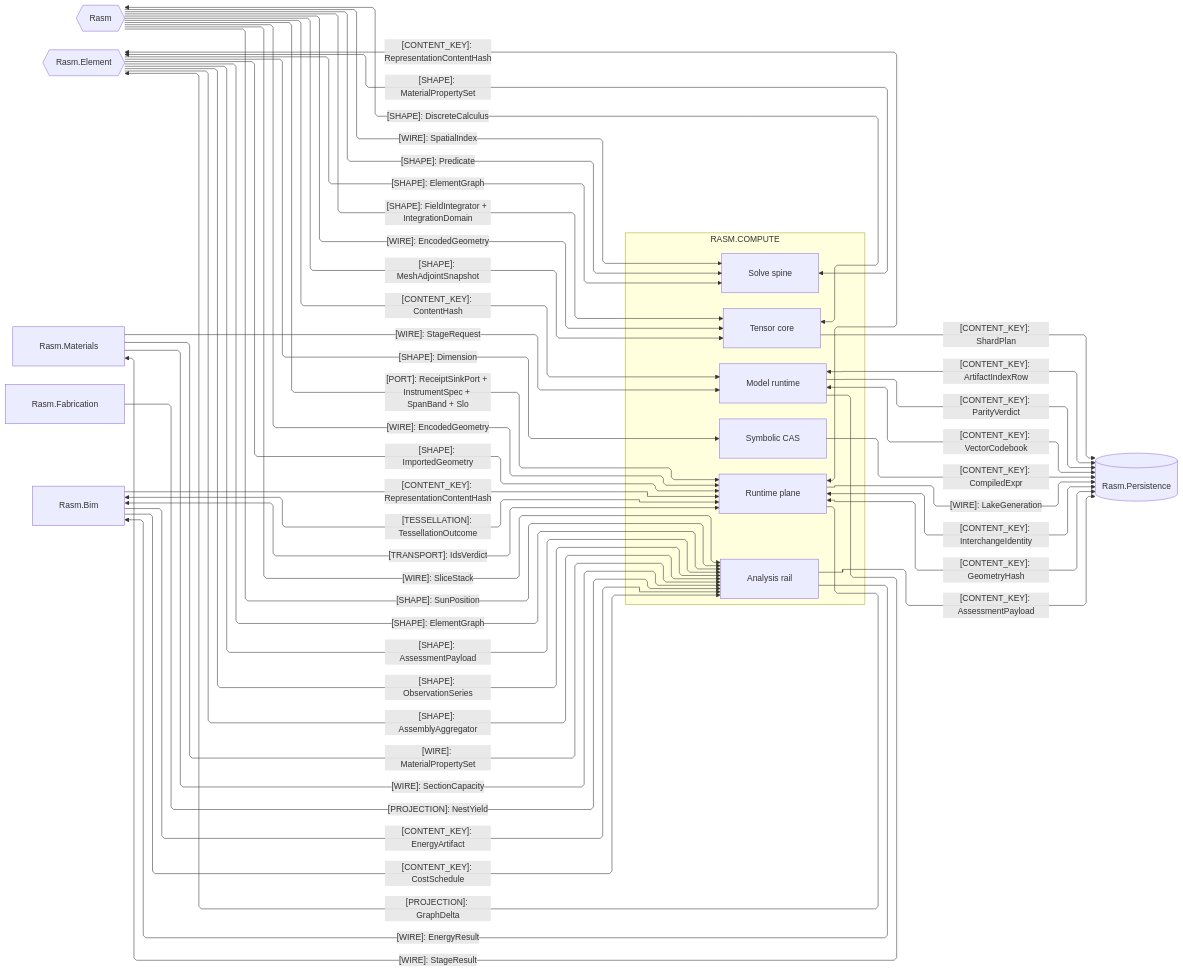
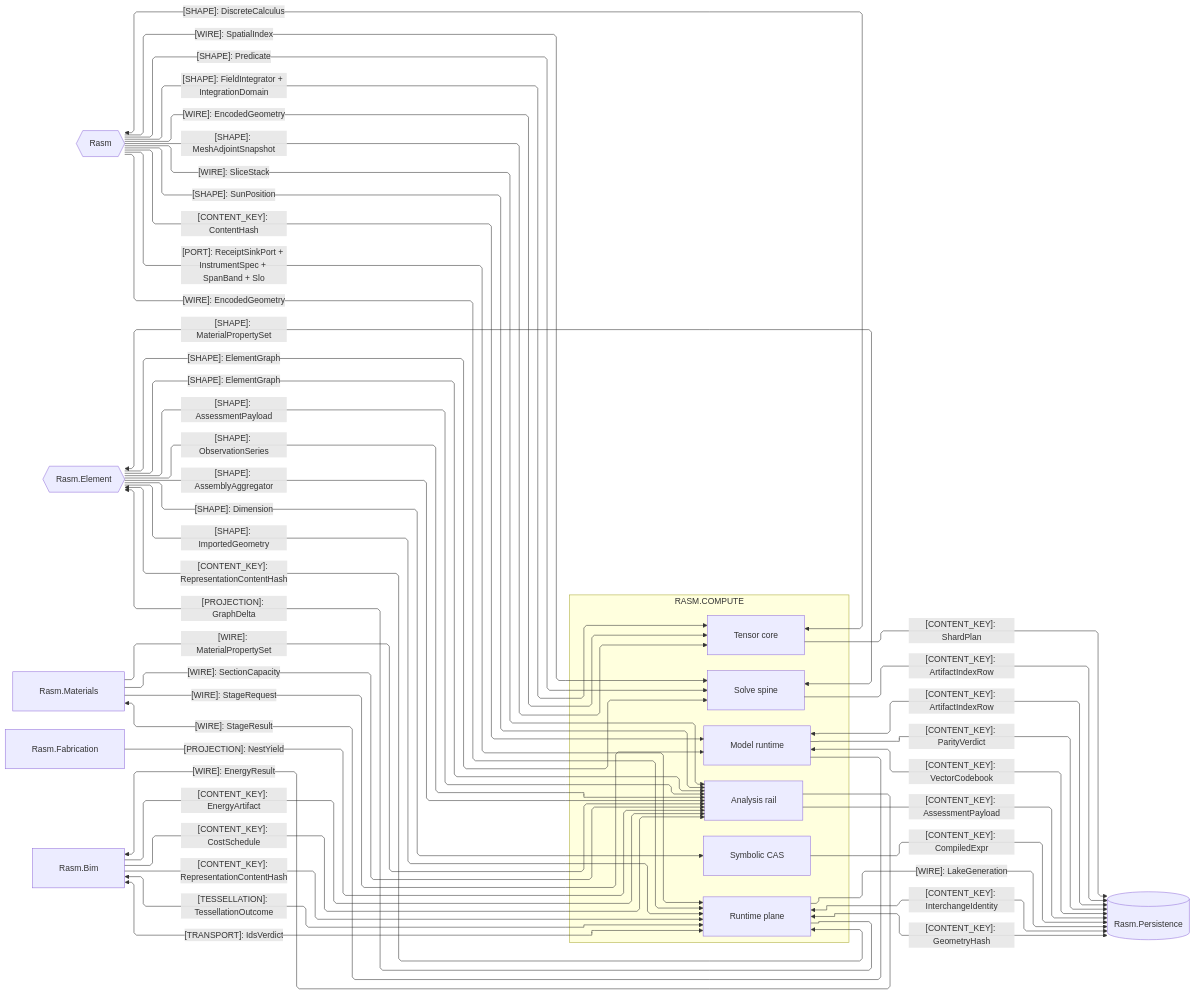
The second of 4 diagrams in libs/csharp/Rasm.Compute/ARCHITECTURE.md (bsamiee/Rasm), drawn with Mermaid before and after one commit. The commit also changed other lines of this file and 84 other files, not shown here.

````diff
--- a/libs/csharp/Rasm.Compute/ARCHITECTURE.md
+++ b/libs/csharp/Rasm.Compute/ARCHITECTURE.md
@@ -135,67 +135,68 @@
 ```mermaid
 ---
 config:
   layout: elk
   flowchart:
     curve: linear
     padding: 25
 ---
 flowchart LR
     accTitle: Compute AEC-domain and storage seams
     accDescr: Compute sub-domain owners exchanging content keys, neutral shapes, wires, projections, transport, and tessellation with the kernel, the Element/Materials/Bim/Fabrication AEC peers, and the persistence store, one edge per contract family labeled by kind and shared shape.
     subgraph compute[RASM.COMPUTE]
         Model[Model runtime]
         Tensor[Tensor core]
         Solver[Solve spine]
         Symbolic[Symbolic CAS]
         Analysis[Analysis rail]
         Runtime[Runtime plane]
     end
     Rasm{{Rasm}}
     Persistence[(Rasm.Persistence)]
     Element{{Rasm.Element}}
     Materials[Rasm.Materials]
     Fabrication[Rasm.Fabrication]
     Bim[Rasm.Bim]
     Rasm e1@-->|"[CONTENT_KEY]: ContentHash"| Model
     Rasm e22@-->|"[PORT]: ReceiptSinkPort + InstrumentSpec + SpanBand + Slo"| Runtime
     Rasm e2@-->|"[SHAPE]: Predicate"| Solver
     Tensor e3@<-->|"[SHAPE]: DiscreteCalculus"| Rasm
     Rasm e4@-->|"[WIRE]: SliceStack"| Analysis
     Rasm e18@-->|"[SHAPE]: MeshAdjointSnapshot"| Tensor
     Rasm e19@-->|"[WIRE]: SpatialIndex"| Solver
     Rasm e21@-->|"[WIRE]: EncodedGeometry"| Tensor
     Rasm e34@-->|"[SHAPE]: FieldIntegrator + IntegrationDomain"| Tensor
     Rasm e36@-->|"[SHAPE]: SunPosition"| Analysis
     Model e15@<-->|"[CONTENT_KEY]: ArtifactIndexRow"| Persistence
     Model e35@-->|"[CONTENT_KEY]: ParityVerdict"| Persistence
     Model e27@<-->|"[CONTENT_KEY]: VectorCodebook"| Persistence
     Tensor e16@-->|"[CONTENT_KEY]: ShardPlan"| Persistence
+    Solver e43@-->|"[CONTENT_KEY]: ArtifactIndexRow"| Persistence
     Symbolic e14@-->|"[CONTENT_KEY]: CompiledExpr"| Persistence
     Analysis e13@-->|"[CONTENT_KEY]: AssessmentPayload"| Persistence
     Runtime e17@<-->|"[CONTENT_KEY]: InterchangeIdentity"| Persistence
     Runtime e28@<-->|"[CONTENT_KEY]: GeometryHash"| Persistence
     Runtime e29@-->|"[WIRE]: LakeGeneration"| Persistence
     Rasm e30@-->|"[WIRE]: EncodedGeometry"| Runtime
     Solver e8@<-->|"[SHAPE]: MaterialPropertySet"| Element
     Element e7@-->|"[SHAPE]: Dimension"| Symbolic
     Element e5@-->|"[SHAPE]: ElementGraph"| Analysis
     Element e40@-->|"[SHAPE]: ElementGraph"| Solver
     Element e37@-->|"[SHAPE]: AssessmentPayload"| Analysis
     Element e41@-->|"[SHAPE]: ObservationSeries"| Analysis
     Runtime e42@-->|"[PROJECTION]: GraphDelta"| Element
     Runtime e6@<-->|"[CONTENT_KEY]: RepresentationContentHash"| Element
     Element e33@-->|"[SHAPE]: ImportedGeometry"| Runtime
     Element e10@-->|"[SHAPE]: AssemblyAggregator"| Analysis
     Materials e9@-->|"[WIRE]: MaterialPropertySet"| Analysis
     Materials e23@-->|"[WIRE]: SectionCapacity"| Analysis
     Materials e31@-->|"[WIRE]: StageRequest"| Model
     Model e32@-->|"[WIRE]: StageResult"| Materials
     Fabrication e12@-->|"[PROJECTION]: NestYield"| Analysis
     Bim e11@<-->|"[TESSELLATION]: TessellationOutcome"| Runtime
     Bim e24@<-->|"[TRANSPORT]: IdsVerdict"| Runtime
     Bim e25@-->|"[CONTENT_KEY]: RepresentationContentHash"| Runtime
     Bim e26@-->|"[CONTENT_KEY]: CostSchedule"| Analysis
     Bim e38@-->|"[CONTENT_KEY]: EnergyArtifact"| Analysis
     Analysis e39@-->|"[WIRE]: EnergyResult"| Bim
 ```
````
